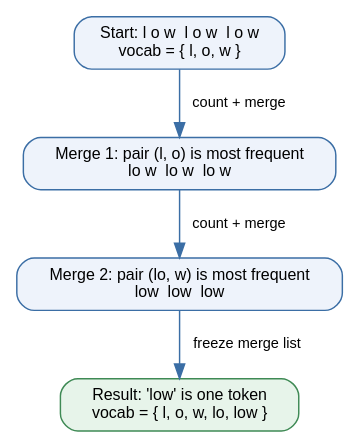
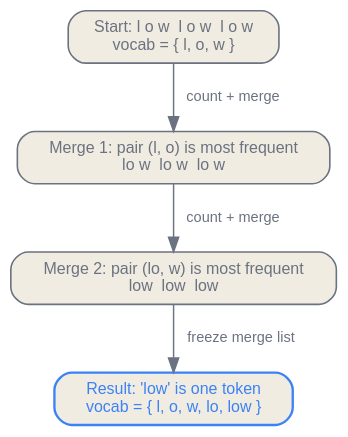
The first of 2 diagrams in en/p1-foundations/05-tokenization.qmd (latere-ai/ai-as-an-infrastructure), drawn with Graphviz before and after one commit. The commit also changed other lines of this file and 186 other files, not shown here.

First line of the commit message:
book: visual audit pass on all diagrams and figures

````diff
--- a/en/p1-foundations/05-tokenization.qmd
+++ b/en/p1-foundations/05-tokenization.qmd
@@ -68,18 +68,19 @@
 ```{dot}
 //| label: fig-tokenization-bpe-merge
 //| fig-cap: "BPE training as repeated greedy merges. Each round counts adjacent pairs, merges the most frequent one into a new symbol, and appends it to the merge list. Common sequences collapse into single tokens. After Sennrich et al. (2015)."
 digraph bpe {
+  bgcolor="transparent";
   rankdir=TB;
-  node [shape=box, fontname="Helvetica", fontsize=11, style="rounded,filled", fillcolor="#eef3fb", color="#3b6ea5"];
-  edge [fontname="Helvetica", fontsize=10, color="#3b6ea5"];
+  node [shape=box, fontname="Helvetica", fontsize=11, style="rounded,filled", fillcolor="#f1ece1", color="#6b7280", fontcolor="#6b7280", penwidth=1.1];
+  edge [fontname="Helvetica", fontsize=10, color="#6b7280", fontcolor="#6b7280"];
 
   s0 [label="Start: l o w  l o w  l o w\nvocab = { l, o, w }"];
   s1 [label="Merge 1: pair (l, o) is most frequent\nlo w  lo w  lo w"];
   s2 [label="Merge 2: pair (lo, w) is most frequent\nlow  low  low"];
-  s3 [label="Result: 'low' is one token\nvocab = { l, o, w, lo, low }", fillcolor="#e7f4ea", color="#3f8a55"];
+  s3 [label="Result: 'low' is one token\nvocab = { l, o, w, lo, low }", color="#3b82f6", fontcolor="#3b82f6", penwidth=1.6];
 
   s0 -> s1 [label="  count + merge"];
   s1 -> s2 [label="  count + merge"];
   s2 -> s3 [label="  freeze merge list"];
 }
 ```
````
